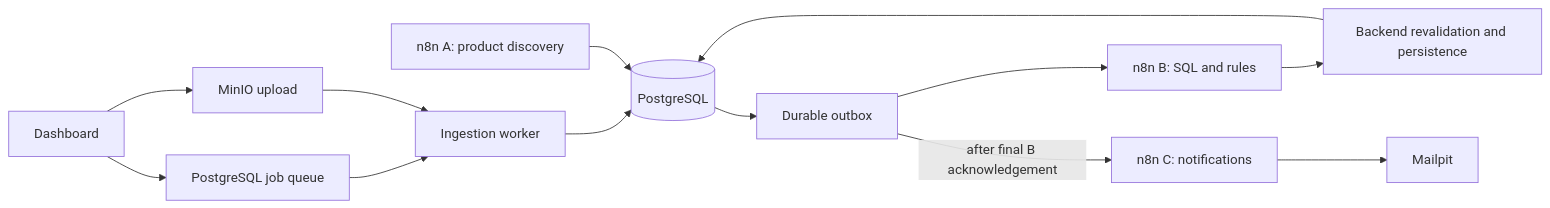
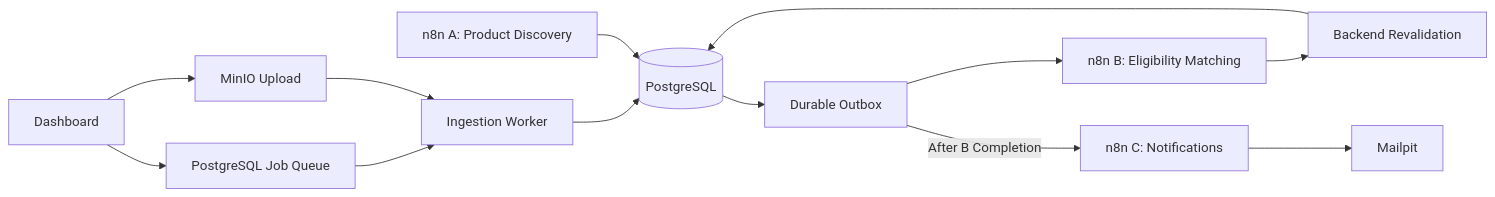
One commit to yaswanth-reddy14/loan-eligibility-engine changed the diagram in README.md. Above: the diagram before and after it, drawn with Mermaid. The commit also changed other lines of this file, not shown here.

````diff
--- a/README.md
+++ b/README.md
@@ -14,15 +25,15 @@
 ```mermaid
 flowchart LR
-  UI[Dashboard] --> Storage[MinIO upload]
-  UI --> Jobs[PostgreSQL job queue]
-  Jobs --> Ingest[Ingestion worker]
-  Storage --> Ingest
-  Ingest --> DB[(PostgreSQL)]
-  A[n8n A: product discovery] --> DB
-  DB --> Outbox[Durable outbox]
-  Outbox --> B[n8n B: SQL and rules]
-  B --> API[Backend revalidation and persistence]
-  API --> DB
-  Outbox -->|after final B acknowledgement| C[n8n C: notifications]
-  C --> Mail[Mailpit]
+    UI[Dashboard] --> Storage[MinIO Upload]
+    UI --> Jobs[PostgreSQL Job Queue]
+    Jobs --> Ingest[Ingestion Worker]
+    Storage --> Ingest
+    Ingest --> DB[(PostgreSQL)]
+    A[n8n A: Product Discovery] --> DB
+    DB --> Outbox[Durable Outbox]
+    Outbox --> B[n8n B: Eligibility Matching]
+    B --> API[Backend Revalidation]
+    API --> DB
+    Outbox -->|After B Completion| C[n8n C: Notifications]
+    C --> Mail[Mailpit]
 ```
````
